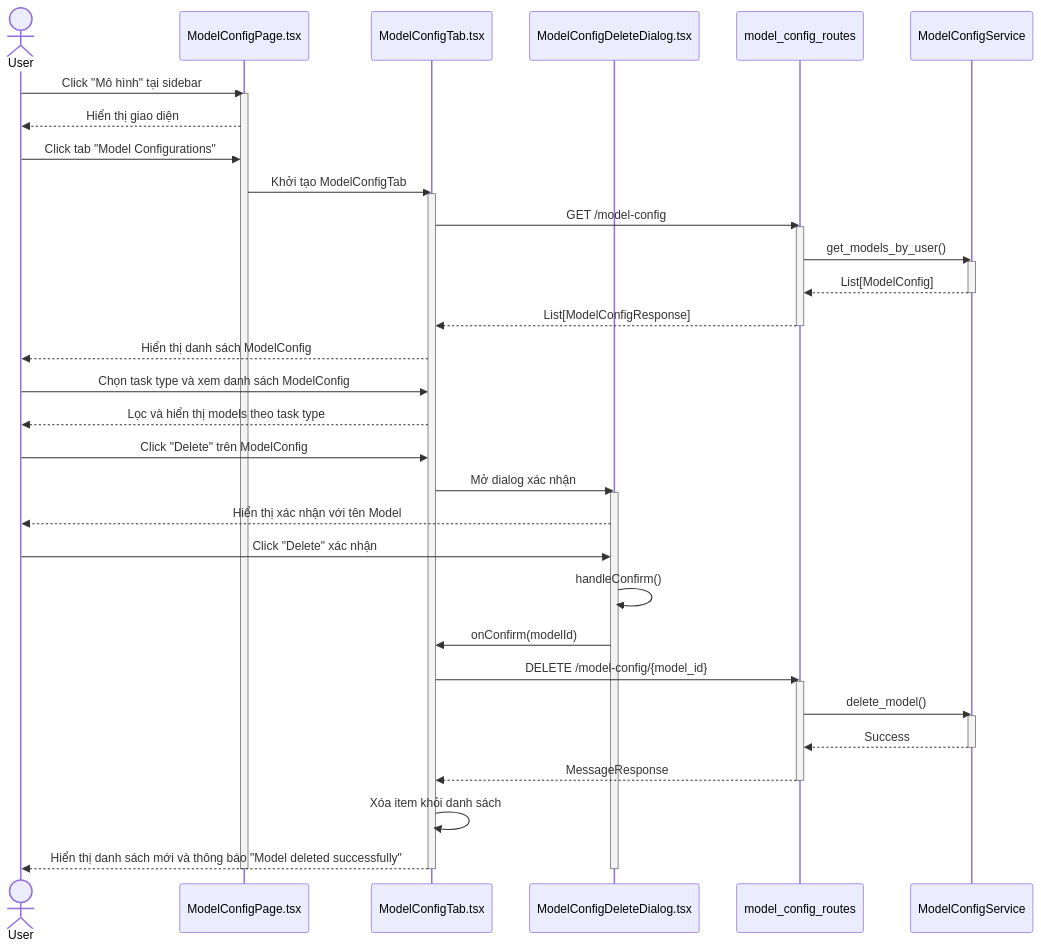
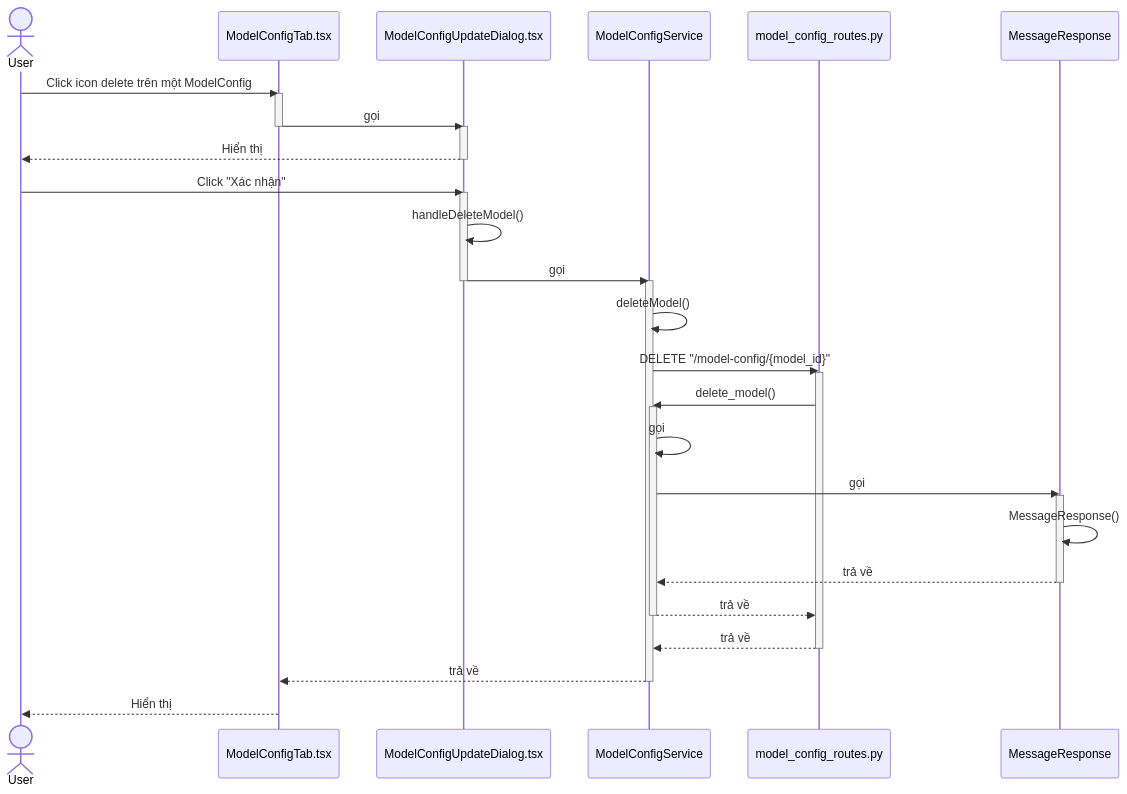
One commit to mduc-2610/gp_doc changed the fourth of 9 diagrams in model_config/4_model_config_seq.md. Above: the diagram before and after it, drawn with Mermaid. The commit also changed other lines of this file and 34 other files, not shown here.

````diff
--- a/model_config/4_model_config_seq.md
+++ b/model_config/4_model_config_seq.md
@@ -207,56 +227,53 @@
 ```mermaid
 sequenceDiagram
     actor User
-    participant ModelConfigPage as ModelConfigPage.tsx
     participant ModelConfigTab as ModelConfigTab.tsx
-    participant ModelConfigDeleteDialog as ModelConfigDeleteDialog.tsx
-    participant ModelConfigRoutes as model_config_routes
+    participant ModelConfigUpdateDialog as ModelConfigUpdateDialog.tsx
     participant ModelConfigService as ModelConfigService
+    participant ModelConfigRoutes as model_config_routes.py
+    participant ModelConfigService as ModelConfigService
+    participant MessageResponse as MessageResponse
 
-    User->>ModelConfigPage: Click "Mô hình" tại sidebar
-    activate ModelConfigPage
-    ModelConfigPage-->>User: Hiển thị giao diện
-    
-    User->>ModelConfigPage: Click tab "Model Configurations"
-    ModelConfigPage->>ModelConfigTab: Khởi tạo ModelConfigTab
+    User->>ModelConfigTab: Click icon delete trên một ModelConfig
     activate ModelConfigTab
     
-    ModelConfigTab->>ModelConfigRoutes: GET /model-config
+    ModelConfigTab->>ModelConfigUpdateDialog: gọi
+    deactivate ModelConfigTab
+    activate ModelConfigUpdateDialog
+    ModelConfigUpdateDialog-->>User: Hiển thị
+    deactivate ModelConfigUpdateDialog
+    
+    User->>ModelConfigUpdateDialog: Click "Xác nhận"
+    activate ModelConfigUpdateDialog
+    
+    ModelConfigUpdateDialog->>ModelConfigUpdateDialog: handleDeleteModel()
+    ModelConfigUpdateDialog->>ModelConfigService: gọi
+    deactivate ModelConfigUpdateDialog
+    activate ModelConfigService
+    
+    ModelConfigService->>ModelConfigService: deleteModel()
+    ModelConfigService->>ModelConfigRoutes: DELETE "/model-config/{model_id}"
     activate ModelConfigRoutes
-    ModelConfigRoutes->>ModelConfigService: get_models_by_user()
+    
+    ModelConfigRoutes->>ModelConfigService: delete_model()
     activate ModelConfigService
-    ModelConfigService-->>ModelConfigRoutes: List[ModelConfig]
+    
+    ModelConfigService->>ModelConfigService: gọi
+    ModelConfigService->>MessageResponse: gọi
+    activate MessageResponse
+    
+    MessageResponse->>MessageResponse: MessageResponse()
+    MessageResponse-->>ModelConfigService: trả về
+    deactivate MessageResponse
+    
+    ModelConfigService-->>ModelConfigRoutes: trả về
     deactivate ModelConfigService
-    ModelConfigRoutes-->>ModelConfigTab: List[ModelConfigResponse]
+    
+    ModelConfigRoutes-->>ModelConfigService: trả về
     deactivate ModelConfigRoutes
     
-    ModelConfigTab-->>User: Hiển thị danh sách ModelConfig
+    ModelConfigService-->>ModelConfigTab: trả về
+    deactivate ModelConfigService
     
-    User->>ModelConfigTab: Chọn task type và xem danh sách ModelConfig
-    ModelConfigTab-->>User: Lọc và hiển thị models theo task type
-    
-    User->>ModelConfigTab: Click "Delete" trên ModelConfig
-    ModelConfigTab->>ModelConfigDeleteDialog: Mở dialog xác nhận
-    activate ModelConfigDeleteDialog
-    ModelConfigDeleteDialog-->>User: Hiển thị xác nhận với tên Model
-    
-    User->>ModelConfigDeleteDialog: Click "Delete" xác nhận
-    ModelConfigDeleteDialog->>ModelConfigDeleteDialog: handleConfirm()
-    ModelConfigDeleteDialog->>ModelConfigTab: onConfirm(modelId)
-    
-    ModelConfigTab->>ModelConfigRoutes: DELETE /model-config/{model_id}
-    activate ModelConfigRoutes
-    ModelConfigRoutes->>ModelConfigService: delete_model()
-    activate ModelConfigService
-    ModelConfigService-->>ModelConfigRoutes: Success
-    deactivate ModelConfigService
-    ModelConfigRoutes-->>ModelConfigTab: MessageResponse
-    deactivate ModelConfigRoutes
-    
-    ModelConfigTab->>ModelConfigTab: Xóa item khỏi danh sách
-    ModelConfigTab-->>User: Hiển thị danh sách mới và thông báo "Model deleted successfully"
-    
-    deactivate ModelConfigDeleteDialog
-    deactivate ModelConfigTab
-    deactivate ModelConfigPage
+    ModelConfigTab-->>User: Hiển thị
 ```
````
